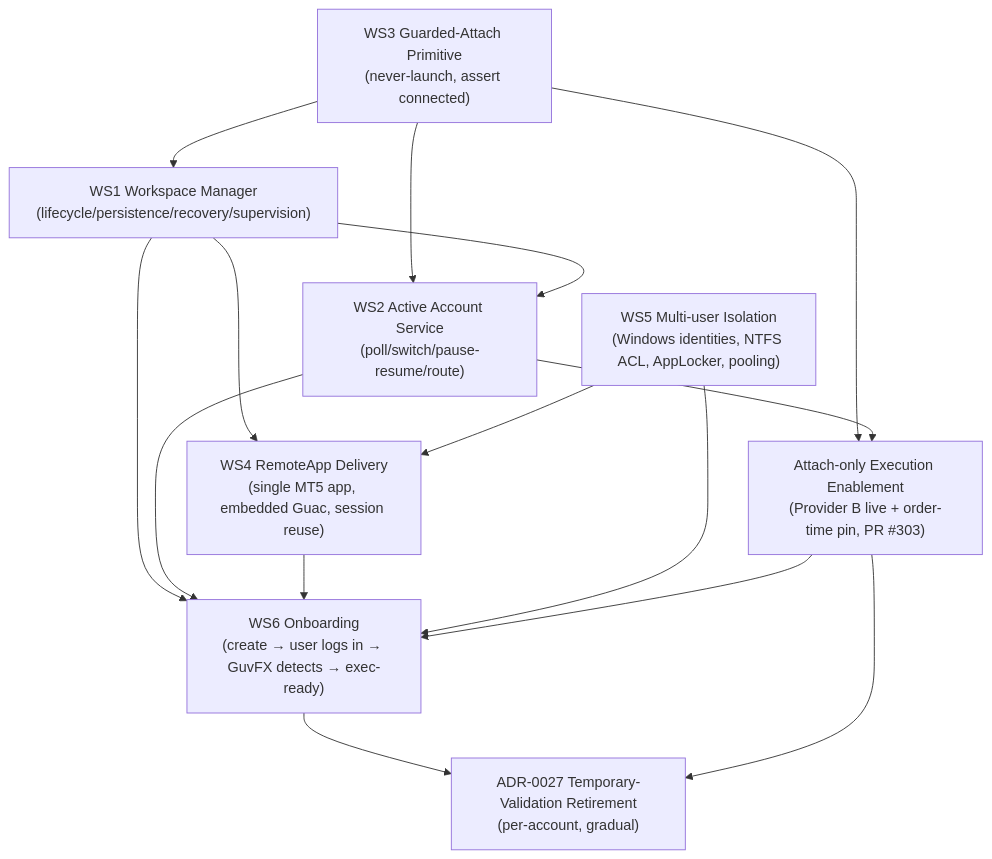
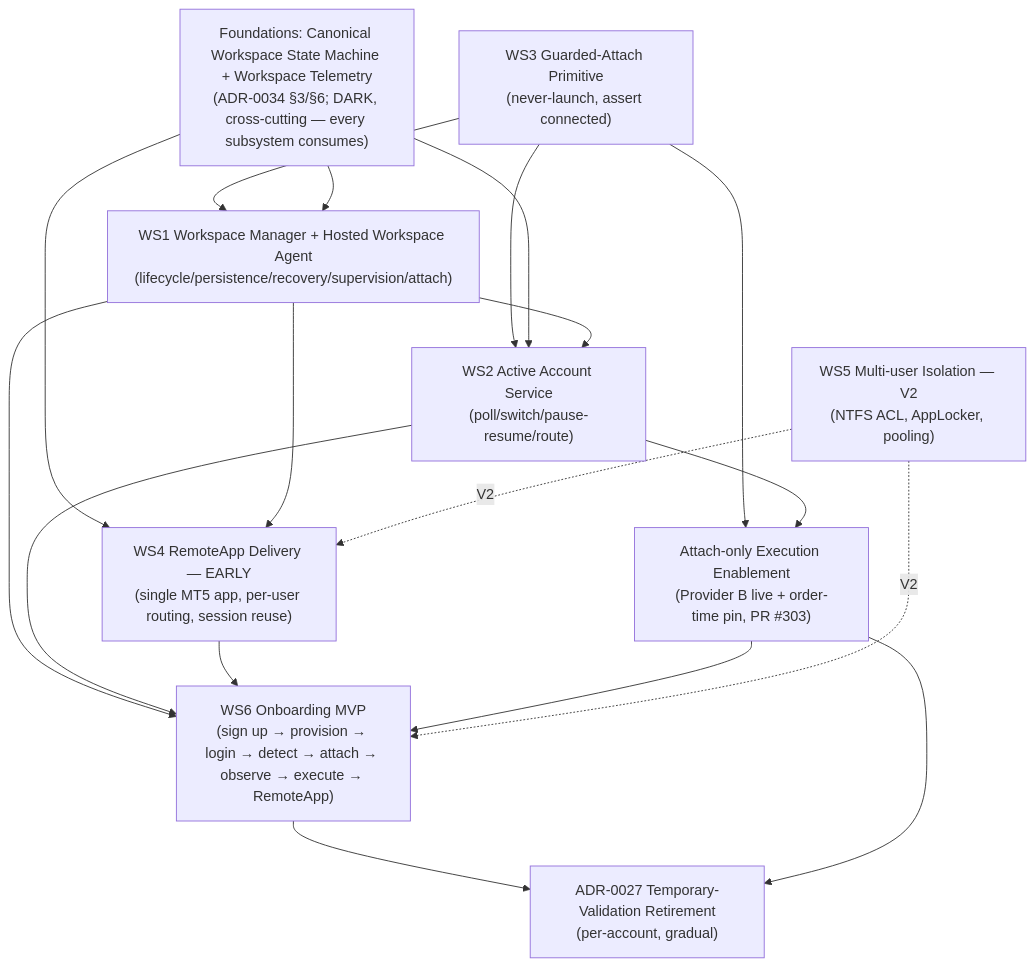
The diagram in docs/architecture/HOSTED_WORKSPACE_ROADMAP.md (nunoamaral-hue/GuvFX), drawn with Mermaid before and after one commit. The commit also changed other lines of this file and 4 other files, not shown here.

First line of the commit message:
docs(adr-0034): Hosted Workspace Operating Model + roadmap v2 (Programme Architecture Reset)

````diff
--- a/docs/architecture/HOSTED_WORKSPACE_ROADMAP.md
+++ b/docs/architecture/HOSTED_WORKSPACE_ROADMAP.md
@@ -33,26 +36,30 @@
 ```mermaid
 graph TD
+  FOUND["Foundations: Canonical Workspace State Machine + Workspace Telemetry<br/>(ADR-0034 §3/§6; DARK, cross-cutting — every subsystem consumes)"]
   WS3["WS3 Guarded-Attach Primitive<br/>(never-launch, assert connected)"]
-  WS1["WS1 Workspace Manager<br/>(lifecycle/persistence/recovery/supervision)"]
+  WS1["WS1 Workspace Manager + Hosted Workspace Agent<br/>(lifecycle/persistence/recovery/supervision/attach)"]
   WS2["WS2 Active Account Service<br/>(poll/switch/pause-resume/route)"]
-  WS4["WS4 RemoteApp Delivery<br/>(single MT5 app, embedded Guac, session reuse)"]
-  WS5["WS5 Multi-user Isolation<br/>(Windows identities, NTFS ACL, AppLocker, pooling)"]
-  WS6["WS6 Onboarding<br/>(create → user logs in → GuvFX detects → exec-ready)"]
+  WS4["WS4 RemoteApp Delivery — EARLY<br/>(single MT5 app, per-user routing, session reuse)"]
   EXEC["Attach-only Execution Enablement<br/>(Provider B live + order-time pin, PR #303)"]
+  WS6["WS6 Onboarding MVP<br/>(sign up → provision → login → detect → attach → observe → execute → RemoteApp)"]
+  WS5["WS5 Multi-user Isolation — V2<br/>(NTFS ACL, AppLocker, pooling)"]
   RETIRE["ADR-0027 Temporary-Validation Retirement<br/>(per-account, gradual)"]
 
   WS3 --> WS1
   WS3 --> WS2
   WS3 --> EXEC
+  FOUND --> WS1
+  FOUND --> WS2
+  FOUND --> WS4
   WS1 --> WS2
   WS1 --> WS4
   WS1 --> WS6
   WS2 --> EXEC
   WS2 --> WS6
   WS4 --> WS6
-  WS5 --> WS4
-  WS5 --> WS6
   EXEC --> WS6
   WS6 --> RETIRE
   EXEC --> RETIRE
+  WS5 -.V2.-> WS4
+  WS5 -.V2.-> WS6
 ```
````
